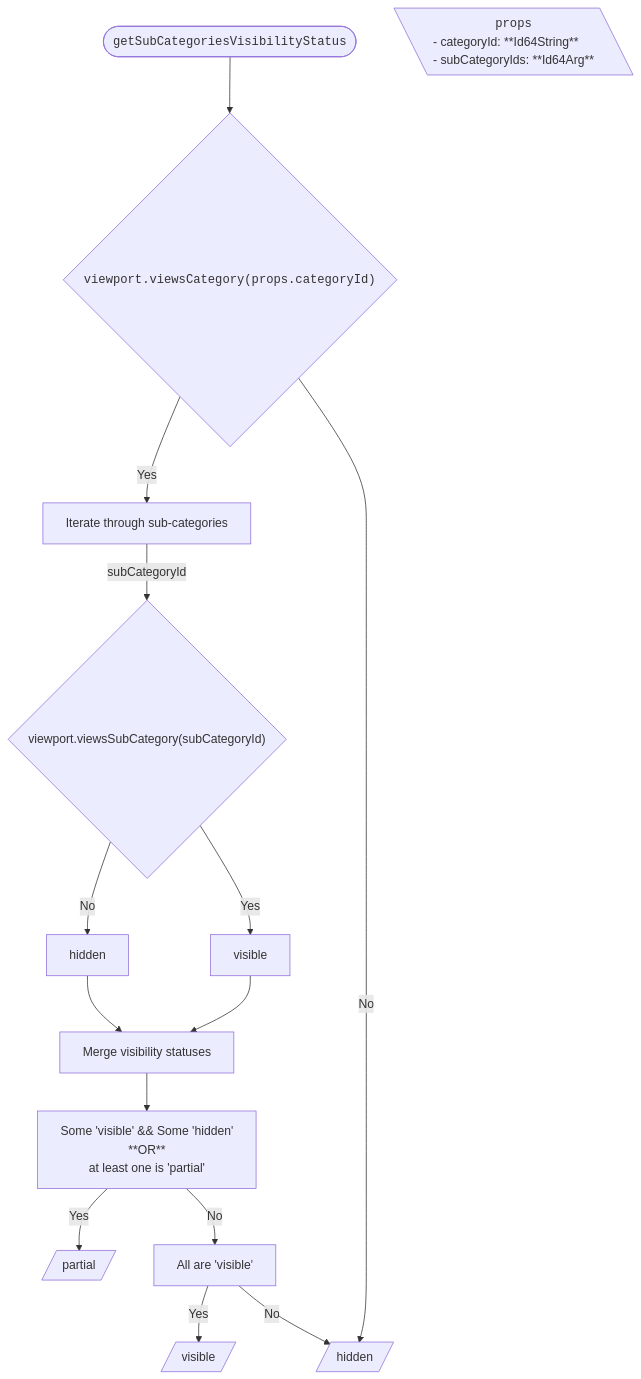
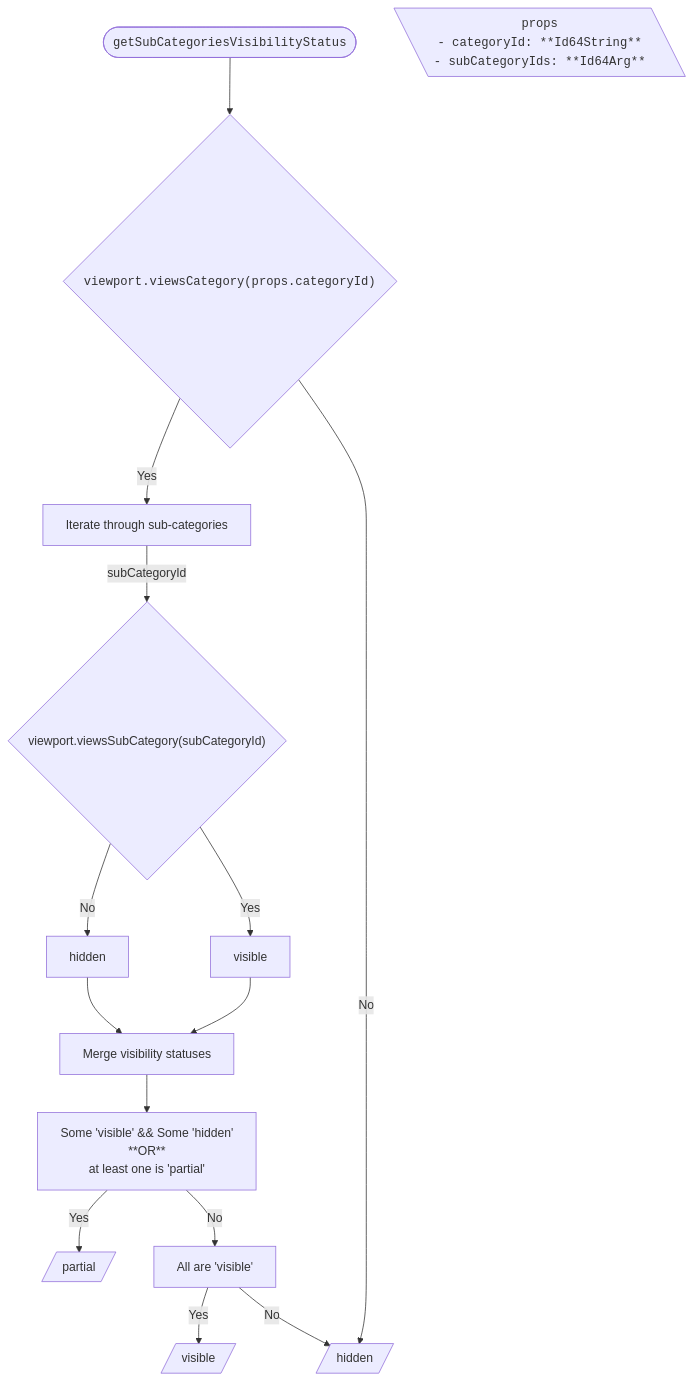
The first of 6 diagrams in packages/itwin/tree-widget/docs/SharedVisibilityHandling.md (iTwin/viewer-components-react), drawn with Mermaid before and after one commit.

````diff
--- a/packages/itwin/tree-widget/docs/SharedVisibilityHandling.md
+++ b/packages/itwin/tree-widget/docs/SharedVisibilityHandling.md
@@ -23,44 +23,44 @@
 ```mermaid
 ---
 config:
   flowchart:
     wrappingWidth: 750
     useMaxWidth: false
 ---
 
 flowchart TD
   RESULT_Partial[/partial/]
   RESULT_Visible[/visible/]
   RESULT_Hidden[/hidden/]
 
   %% Start
   TITLE(["<code>getSubCategoriesVisibilityStatus</code>"]) --> A{"<code>viewport.viewsCategory(props.categoryId)</code>"}
 
   PROPS[\"
     <code>props</code>
-    <div style='text-align: left;'>- categoryId: **Id64String** <br/> - subCategoryIds: **Id64Arg** </div>
+    <code style='text-align: left;'>- categoryId: **Id64String**<br/> - subCategoryIds: **Id64Arg**</code>
   "\]
 
   %% Branch No
   A -- No --> RESULT_Hidden
 
   %% Branch Yes
   A -- Yes --> B["Iterate through sub-categories"]
   B -- subCategoryId --> C{"viewport.viewsSubCategory(subCategoryId)"}
   C -- Yes -->  D1[visible]
   C -- No -->  D2[hidden]
 
   %% Merge
   D1 --> M[Merge visibility statuses]
   D2 --> M
 
   M --> N[Some 'visible' && Some 'hidden' <br/> **OR** <br/> at least one is 'partial']
 
   %% Results
   N -- Yes --> RESULT_Partial
 
   N -- No --> O[All are 'visible']
 
   O -- Yes --> RESULT_Visible
   O -- No --> RESULT_Hidden
 ```
````
